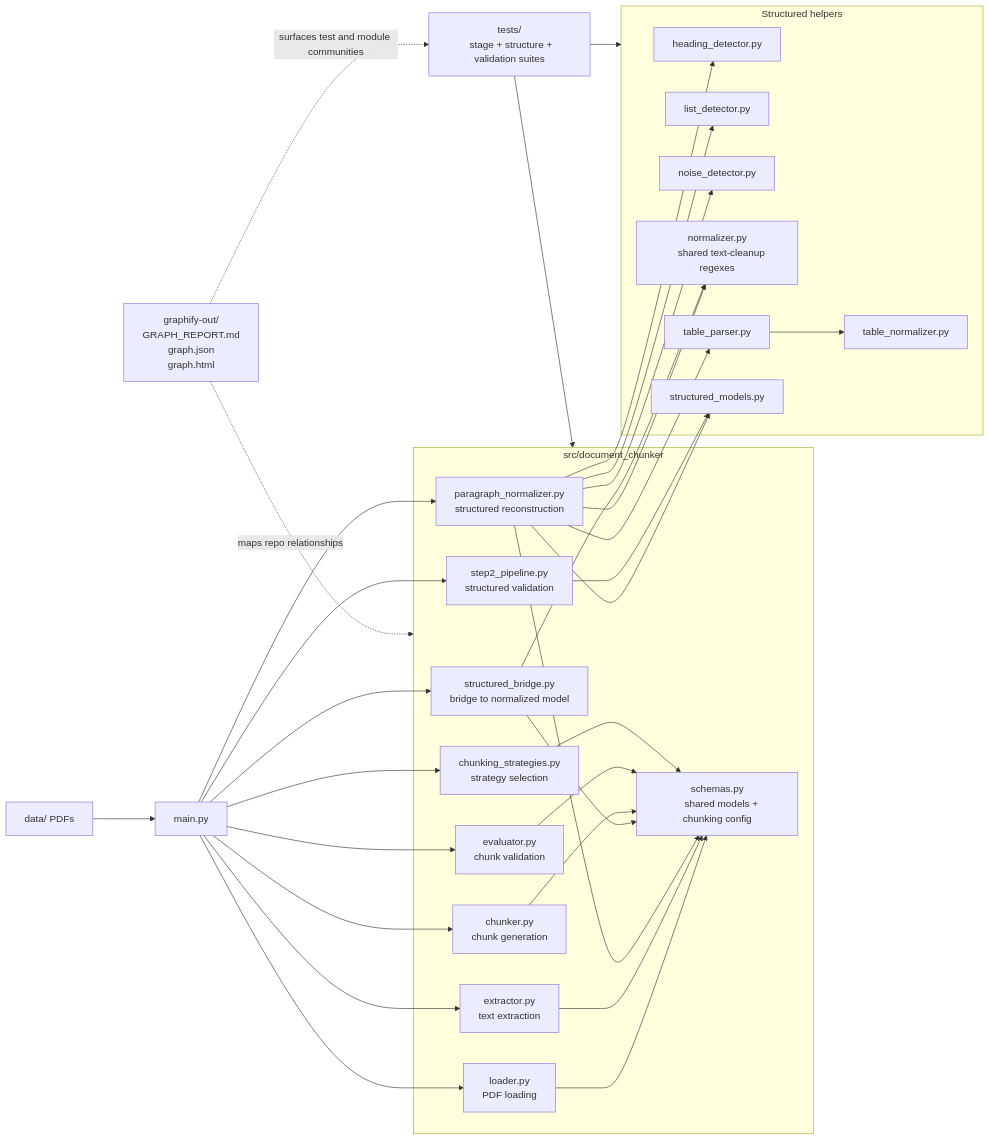
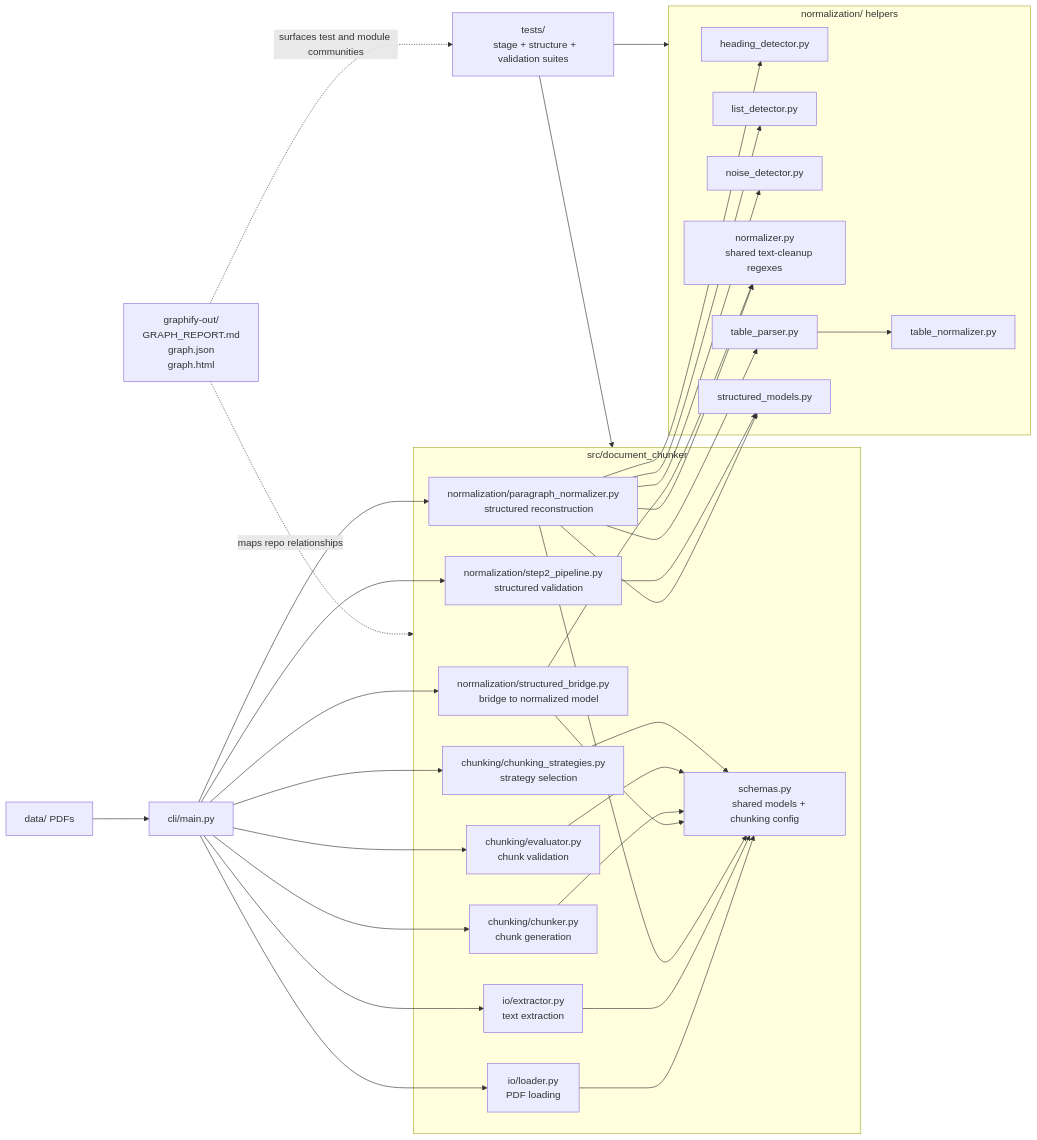
The first of 2 diagrams in README.md (E-techgod/document-chunker), drawn with Mermaid before and after one commit. The commit also changed other lines of this file and 35 other files, not shown here.

````diff
--- a/README.md
+++ b/README.md
@@ -55,76 +55,76 @@
 ```mermaid
 flowchart LR
-  main["main.py"]
+  main["cli/main.py"]
   data["data/ PDFs"]
   graphify["graphify-out/
   GRAPH_REPORT.md
   graph.json
   graph.html"]
   tests["tests/
   stage + structure + validation suites"]
 
   subgraph core["src/document_chunker"]
     schemas["schemas.py
     shared models + chunking config"]
-    loader["loader.py
+    loader["io/loader.py
     PDF loading"]
-    extractor["extractor.py
+    extractor["io/extractor.py
     text extraction"]
-    structured["paragraph_normalizer.py
+    structured["normalization/paragraph_normalizer.py
     structured reconstruction"]
-    step2["step2_pipeline.py
+    step2["normalization/step2_pipeline.py
     structured validation"]
-    bridge["structured_bridge.py
+    bridge["normalization/structured_bridge.py
     bridge to normalized model"]
-    chunker["chunker.py
+    chunker["chunking/chunker.py
     chunk generation"]
-    evaluator["evaluator.py
+    evaluator["chunking/evaluator.py
     chunk validation"]
-    strategies["chunking_strategies.py
+    strategies["chunking/chunking_strategies.py
     strategy selection"]
   end
 
-  subgraph helpers["Structured helpers"]
+  subgraph helpers["normalization/ helpers"]
     heading["heading_detector.py"]
     listd["list_detector.py"]
     noise["noise_detector.py"]
     normalizer["normalizer.py
     shared text-cleanup regexes"]
     table_norm["table_normalizer.py"]
     table_parse["table_parser.py"]
     structured_models["structured_models.py"]
   end
 
   data --> main
   main --> loader
   main --> extractor
   main --> structured
   main --> step2
   main --> bridge
   main --> chunker
   main --> evaluator
   main --> strategies
 
   loader --> schemas
   extractor --> schemas
   structured --> schemas
   bridge --> schemas
   chunker --> schemas
   evaluator --> schemas
   strategies --> schemas
 
   structured --> heading
   structured --> listd
   structured --> noise
   structured --> normalizer
   structured --> table_parse
   structured --> structured_models
   table_parse --> table_norm
   bridge --> normalizer
   step2 --> structured_models
 
   tests --> core
   tests --> helpers
   graphify -. maps repo relationships .-> core
   graphify -. surfaces test and module communities .-> tests
 ```
````
